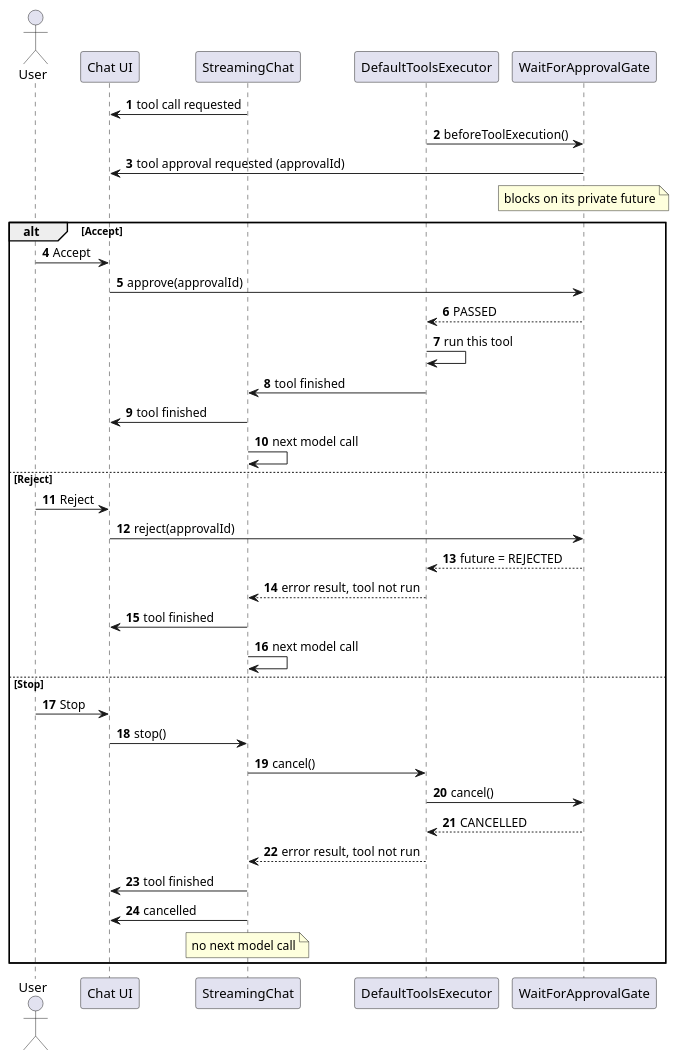
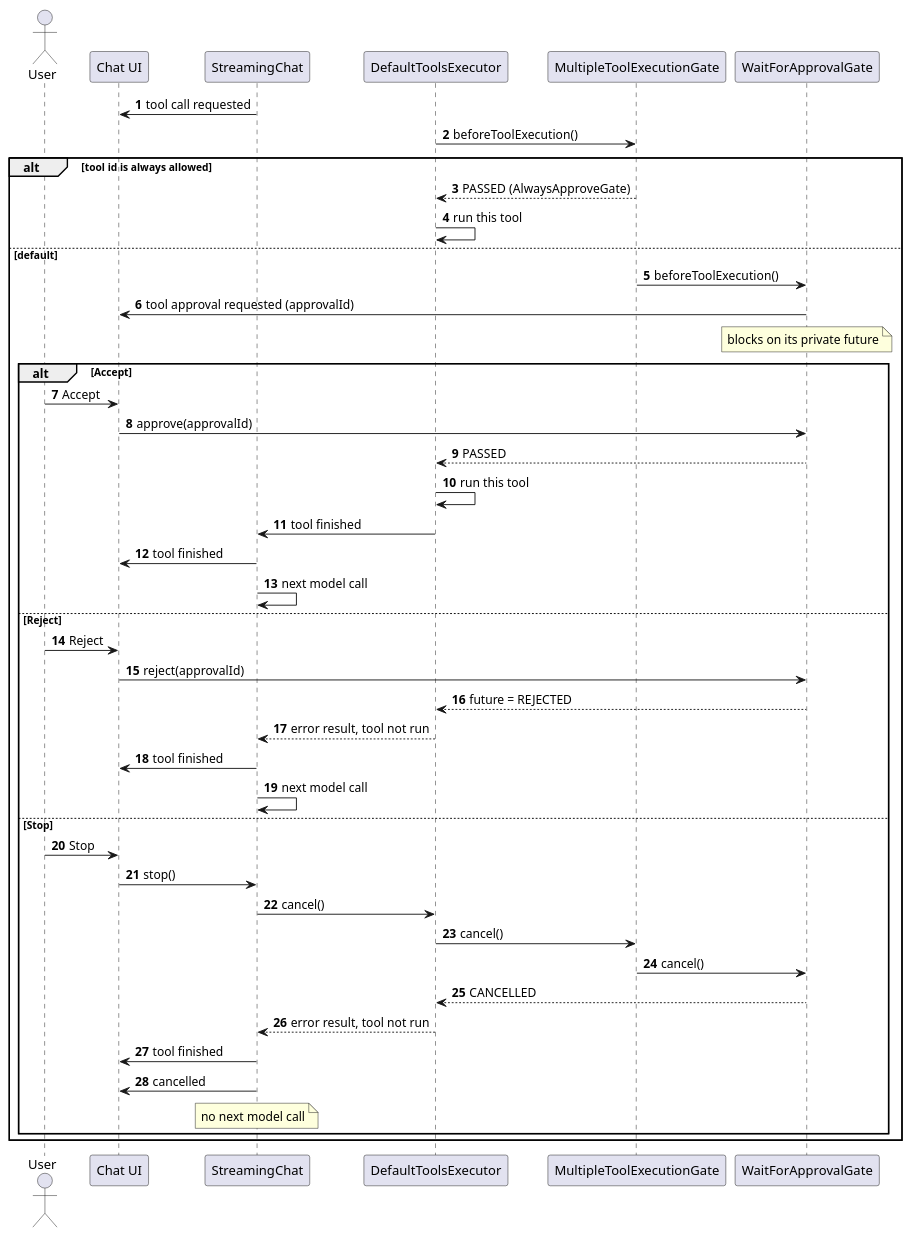
One commit to przemSzer/Desktop-LLM-Client changed the second of 3 diagrams in docs/tools/tool-approval.adoc. Above: the diagram before and after it, drawn with PlantUML. The commit also changed other lines of this file and 25 other files, not shown here.

```diff
--- a/docs/tools/tool-approval.adoc
+++ b/docs/tools/tool-approval.adoc
@@ -17,44 +45,53 @@
 [plantuml]
 ----
 @startuml
 autonumber
 
 actor User
 participant "Chat UI" as UI
 participant "StreamingChat" as SC
 participant "DefaultToolsExecutor" as EX
+participant "MultipleToolExecutionGate" as MULTI
 participant "WaitForApprovalGate" as GATE
 
 SC -> UI : tool call requested
-EX -> GATE : beforeToolExecution()
-GATE -> UI : tool approval requested (approvalId)
-note over GATE : blocks on its private future
+EX -> MULTI : beforeToolExecution()
 
-alt Accept
-    User -> UI : Accept
-    UI -> GATE : approve(approvalId)
-    GATE --> EX : PASSED
-    EX -> EX : run this tool
-    EX -> SC : tool finished
-    SC -> UI : tool finished
-    SC -> SC : next model call
-else Reject
-    User -> UI : Reject
-    UI -> GATE : reject(approvalId)
-    GATE --> EX : future = REJECTED
-    EX --> SC : error result, tool not run
-    SC -> UI : tool finished
-    SC -> SC : next model call
-else Stop
-    User -> UI : Stop
-    UI -> SC : stop()
-    SC -> EX : cancel()
-    EX -> GATE : cancel()
-    GATE --> EX : CANCELLED
-    EX --> SC : error result, tool not run
-    SC -> UI : tool finished
-    SC -> UI : cancelled
-    note over SC : no next model call
+alt tool id is always allowed
+  MULTI --> EX : PASSED (AlwaysApproveGate)
+  EX -> EX : run this tool
+else default
+  MULTI -> GATE : beforeToolExecution()
+  GATE -> UI : tool approval requested (approvalId)
+  note over GATE : blocks on its private future
+
+  alt Accept
+      User -> UI : Accept
+      UI -> GATE : approve(approvalId)
+      GATE --> EX : PASSED
+      EX -> EX : run this tool
+      EX -> SC : tool finished
+      SC -> UI : tool finished
+      SC -> SC : next model call
+  else Reject
+      User -> UI : Reject
+      UI -> GATE : reject(approvalId)
+      GATE --> EX : future = REJECTED
+      EX --> SC : error result, tool not run
+      SC -> UI : tool finished
+      SC -> SC : next model call
+  else Stop
+      User -> UI : Stop
+      UI -> SC : stop()
+      SC -> EX : cancel()
+      EX -> MULTI : cancel()
+      MULTI -> GATE : cancel()
+      GATE --> EX : CANCELLED
+      EX --> SC : error result, tool not run
+      SC -> UI : tool finished
+      SC -> UI : cancelled
+      note over SC : no next model call
+  end
 end
 @enduml
 ----
```
